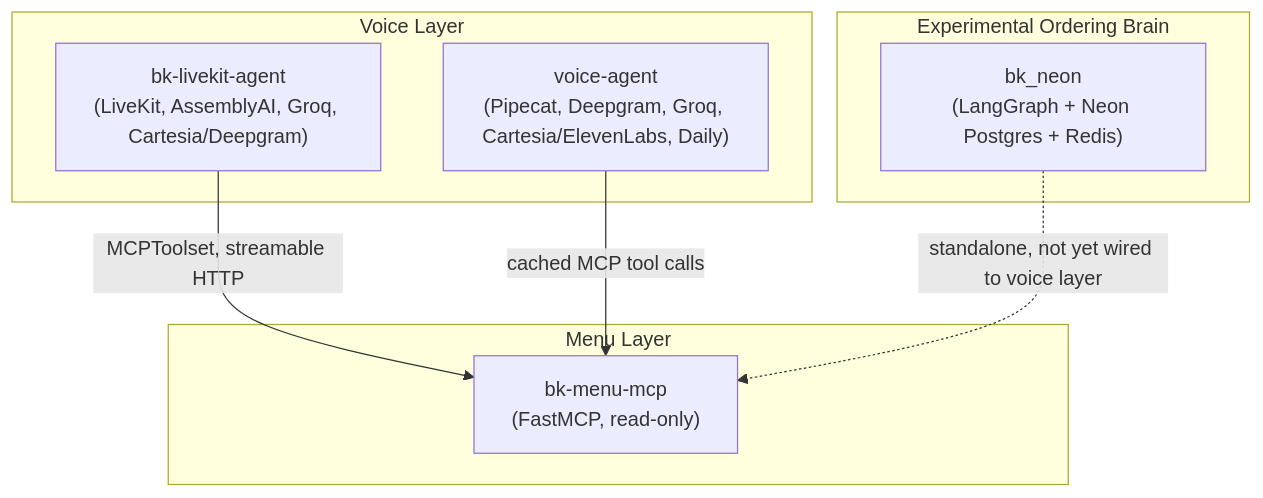
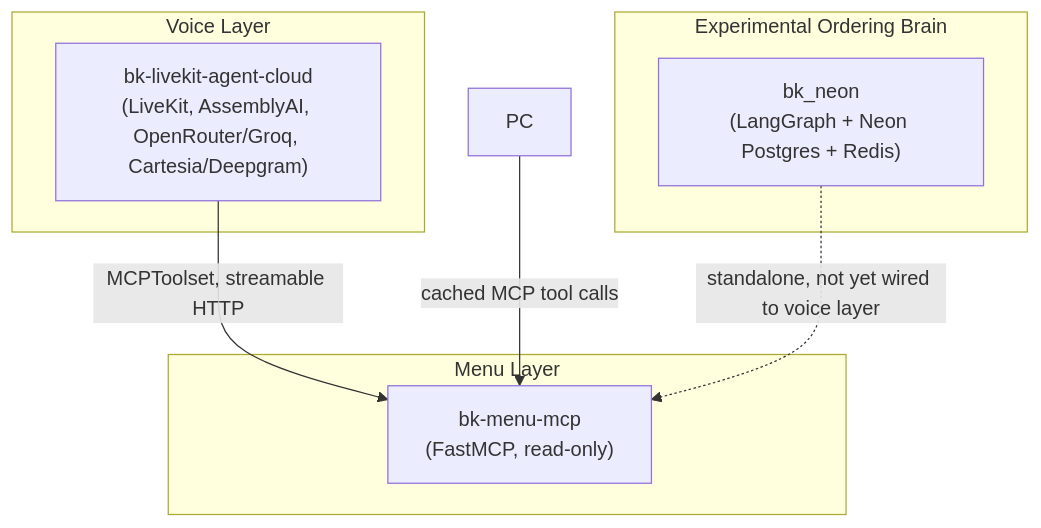
The first of 2 diagrams in README.md (singhsrj/DriveThruAI---BK-VoiceAgent--), drawn with Mermaid before and after one commit. The commit also changed other lines of this file and 31 other files, not shown here.

````diff
--- a/README.md
+++ b/README.md
@@ -48,19 +47,18 @@
 ```mermaid
 flowchart TB
     subgraph Voice["Voice Layer"]
-        LK["bk-livekit-agent<br/>(LiveKit, AssemblyAI, Groq, Cartesia/Deepgram)"]
-        PC["voice-agent<br/>(Pipecat, Deepgram, Groq, Cartesia/ElevenLabs, Daily)"]
+        LK["bk-livekit-agent-cloud<br/>(LiveKit, AssemblyAI, OpenRouter/Groq, Cartesia/Deepgram)"]
     end
 
     subgraph MCP["Menu Layer"]
         Server["bk-menu-mcp<br/>(FastMCP, read-only)"]
     end
 
     subgraph Brain["Experimental Ordering Brain"]
         Graph["bk_neon<br/>(LangGraph + Neon Postgres + Redis)"]
     end
 
     LK -->|MCPToolset, streamable HTTP| Server
     PC -->|cached MCP tool calls| Server
     Graph -.->|standalone, not yet wired to voice layer| Server
 ```
````
